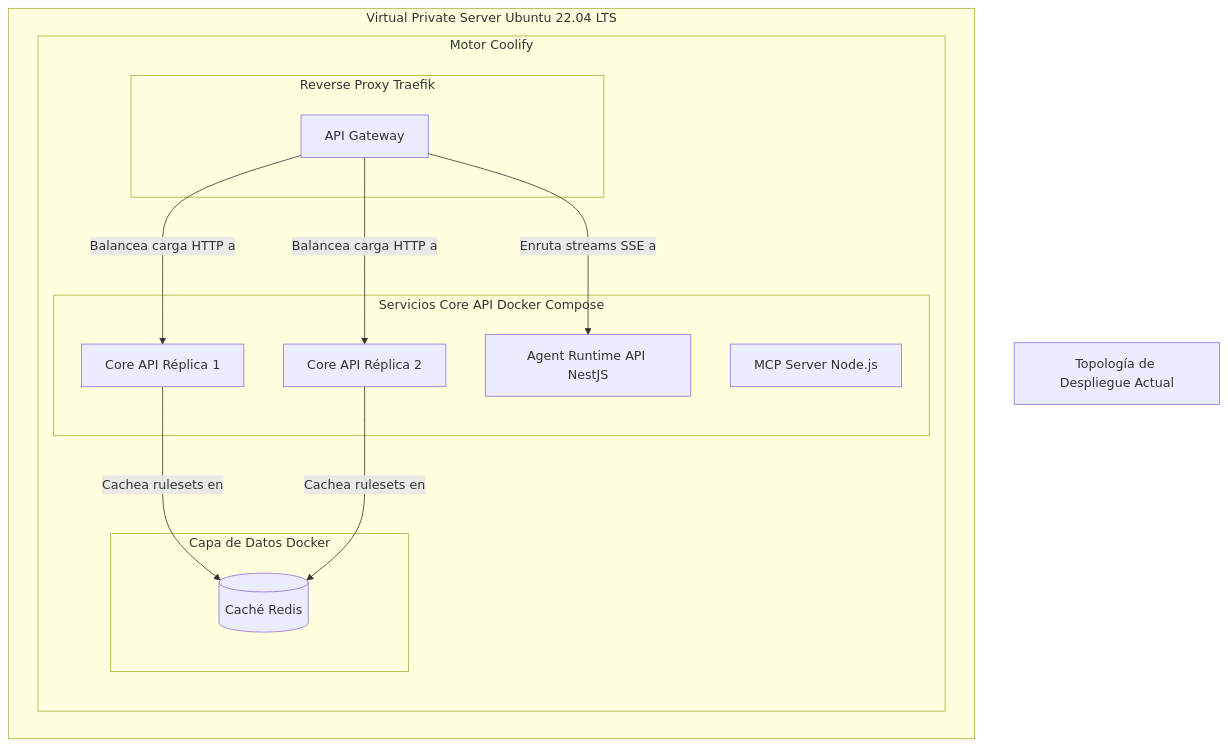
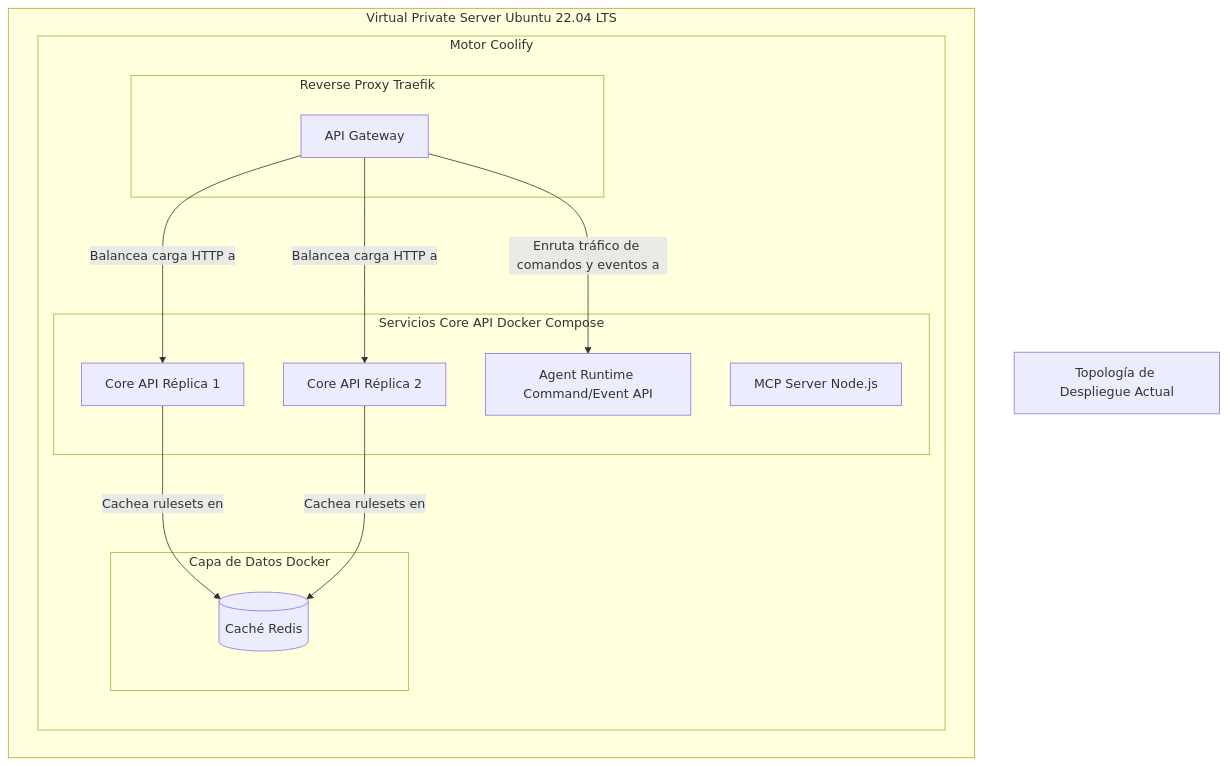
One commit to beyondnetcode/evolith_arch32 changed the first of 2 diagrams in reference/architecture/views/view-by-deployment.es.md. Above: the diagram before and after it, drawn with Mermaid. The commit also changed other lines of this file and 13 other files, not shown here.

Commit message:
docs: clarify agent runtime command event flow

````diff
--- a/reference/architecture/views/view-by-deployment.es.md
+++ b/reference/architecture/views/view-by-deployment.es.md
@@ -13,30 +13,30 @@
 ```mermaid
 flowchart TB
     title[Topología de Despliegue Actual]
 
     subgraph vps [Virtual Private Server Ubuntu 22.04 LTS]
         subgraph coolify [Motor Coolify]
             
             subgraph proxy [Reverse Proxy Traefik]
                 gateway[API Gateway]
             end
             
             subgraph core_tier [Servicios Core API Docker Compose]
                 api1[Core API Réplica 1]
                 api2[Core API Réplica 2]
                 mcp[MCP Server Node.js]
-                sse[Agent Runtime API NestJS]
+                agentApi[Agent Runtime Command/Event API]
             end
             
             subgraph data_tier [Capa de Datos Docker]
                 redis[(Caché Redis)]
             end
         end
     end
     
     gateway -->|Balancea carga HTTP a| api1
     gateway -->|Balancea carga HTTP a| api2
-    gateway -->|Enruta streams SSE a| sse
+    gateway -->|Enruta tráfico de comandos y eventos a| agentApi
     api1 -->|Cachea rulesets en| redis
     api2 -->|Cachea rulesets en| redis
 ```
````
